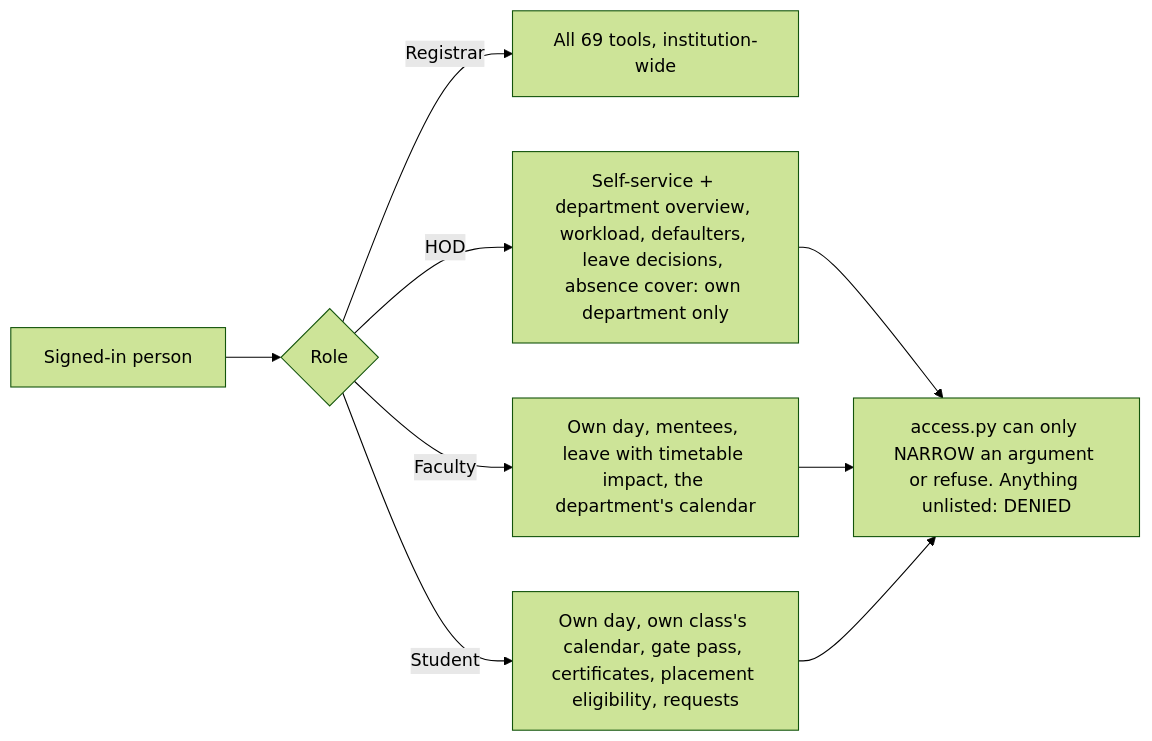
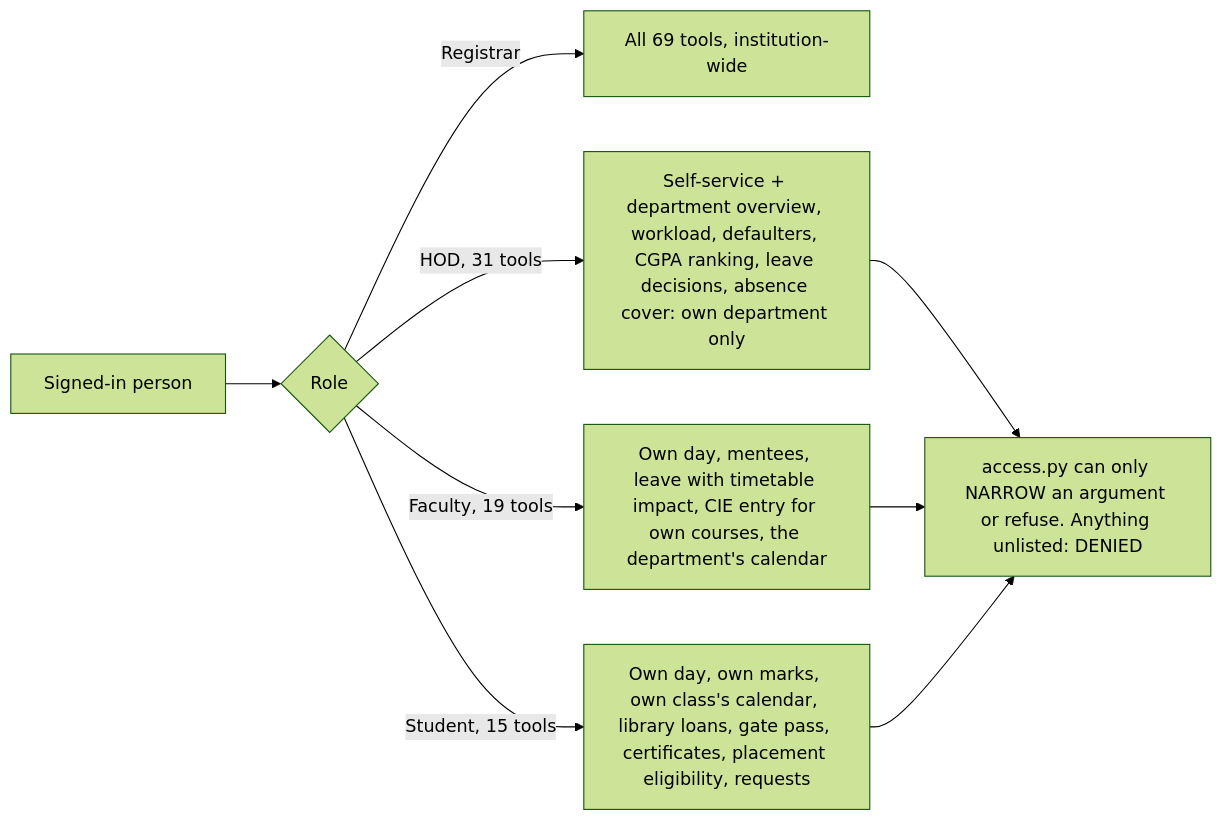
Before and after one commit to samprith02/VidyaERP: the fourth of 10 diagrams in README.md, drawn with Mermaid (forest theme). The commit also changed other lines of this file and 10 other files, not shown here.

````diff
--- a/README.md
+++ b/README.md
@@ -503,9 +564,9 @@
 ```mermaid
 flowchart LR
   U[Signed-in person] --> R{Role}
   R -->|Registrar| ALL[All 69 tools, institution-wide]
-  R -->|HOD| H[Self-service + department overview, workload, defaulters, leave decisions, absence cover: own department only]
-  R -->|Faculty| F[Own day, mentees, leave with timetable impact, the department's calendar]
-  R -->|Student| S[Own day, own class's calendar, gate pass, certificates, placement eligibility, requests]
+  R -->|HOD, 31 tools| H[Self-service + department overview, workload, defaulters, CGPA ranking, leave decisions, absence cover: own department only]
+  R -->|Faculty, 19 tools| F[Own day, mentees, leave with timetable impact, CIE entry for own courses, the department's calendar]
+  R -->|Student, 15 tools| S[Own day, own marks, own class's calendar, library loans, gate pass, certificates, placement eligibility, requests]
   H & F & S --> N[access.py can only NARROW an argument or refuse. Anything unlisted: DENIED]
 ```
````
